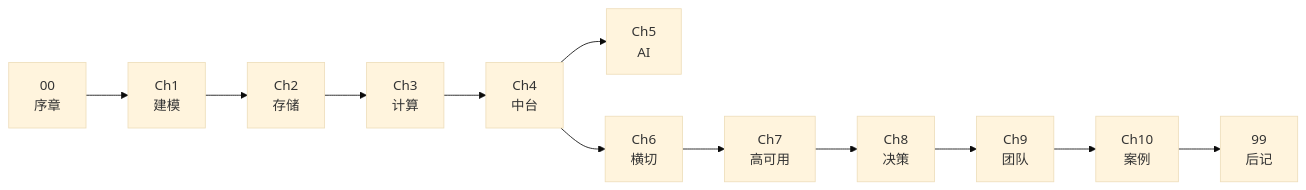
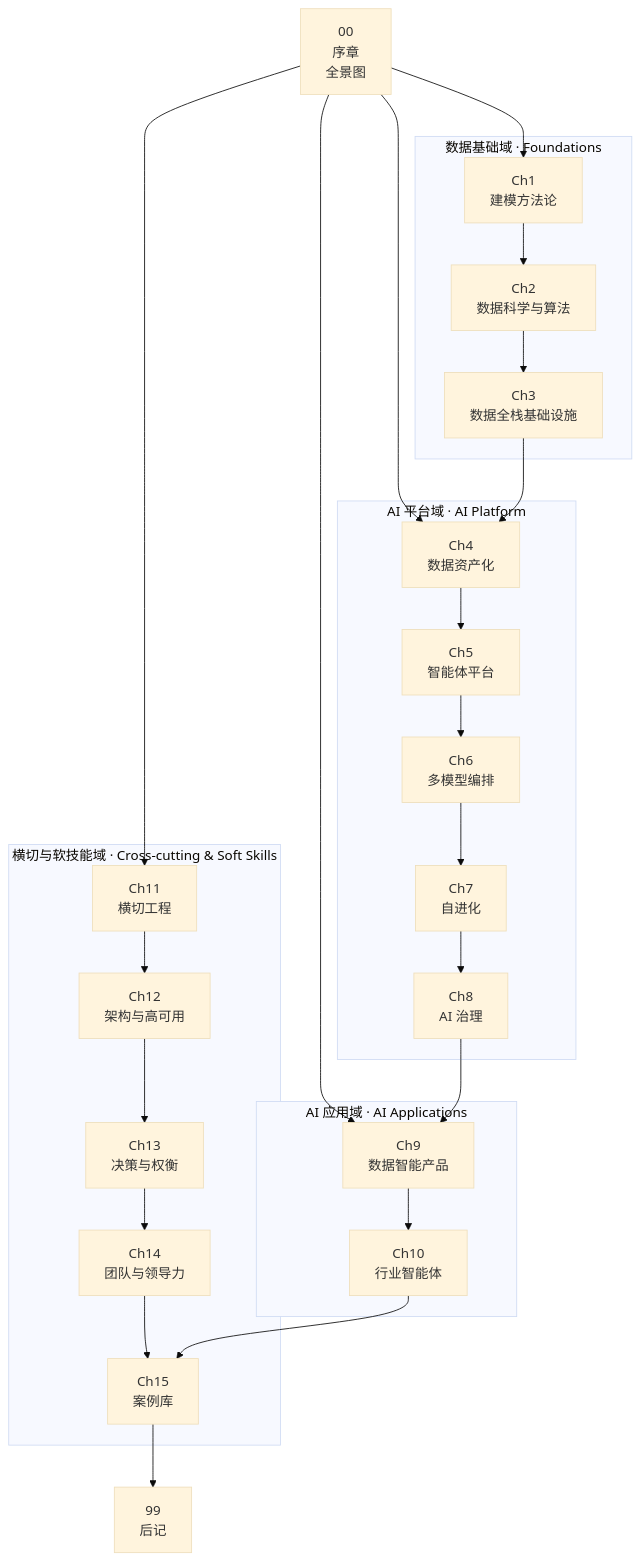
Before and after one commit to QuanhongDing/data-travel: the diagram in README.md, drawn with Mermaid (base theme). The commit also changed other lines of this file, not shown here.

````diff
--- a/README.md
+++ b/README.md
@@ -68,13 +107,46 @@
 ```mermaid
-flowchart LR
-  Z["00<br/>序章"] --> A["Ch1<br/>建模"] --> B["Ch2<br/>存储"]
-  B --> C["Ch3<br/>计算"]
-  C --> D["Ch4<br/>中台"]
-  D --> E["Ch5<br/>AI"]
-  D --> F["Ch6<br/>横切"]
-  F --> G["Ch7<br/>高可用"]
-  G --> H["Ch8<br/>决策"]
-  H --> I["Ch9<br/>团队"]
-  I --> J["Ch10<br/>案例"]
-  J --> Y["99<br/>后记"]
+flowchart TB
+  Z["00<br/>序章<br/>全景图"]
+
+  subgraph 基础["数据基础域 · Foundations"]
+    A1["Ch1<br/>建模方法论"]
+    A2["Ch2<br/>数据科学与算法"]
+    A3["Ch3<br/>数据全栈基础设施"]
+    A1 --> A2 --> A3
+  end
+
+  subgraph 平台["AI 平台域 · AI Platform"]
+    B1["Ch4<br/>数据资产化"]
+    B2["Ch5<br/>智能体平台"]
+    B3["Ch6<br/>多模型编排"]
+    B4["Ch7<br/>自进化"]
+    B5["Ch8<br/>AI 治理"]
+    B1 --> B2 --> B3 --> B4 --> B5
+  end
+
+  subgraph 应用["AI 应用域 · AI Applications"]
+    C1["Ch9<br/>数据智能产品"]
+    C2["Ch10<br/>行业智能体"]
+    C1 --> C2
+  end
+
+  subgraph 横切["横切与软技能域 · Cross-cutting & Soft Skills"]
+    D1["Ch11<br/>横切工程"]
+    D2["Ch12<br/>架构与高可用"]
+    D3["Ch13<br/>决策与权衡"]
+    D4["Ch14<br/>团队与领导力"]
+    D5["Ch15<br/>案例库"]
+    D1 --> D2 --> D3 --> D4 --> D5
+  end
+
+  Z --> A1
+  Z --> B1
+  Z --> C1
+  Z --> D1
+  A3 --> B1
+  B5 --> C1
+  C2 --> D5
+
+  Y["99<br/>后记"]
+  D5 --> Y
 ```
````
